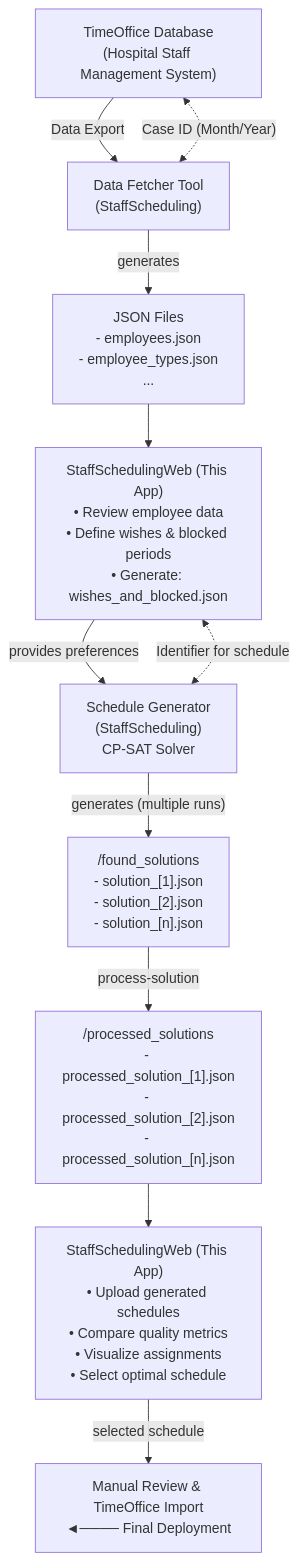
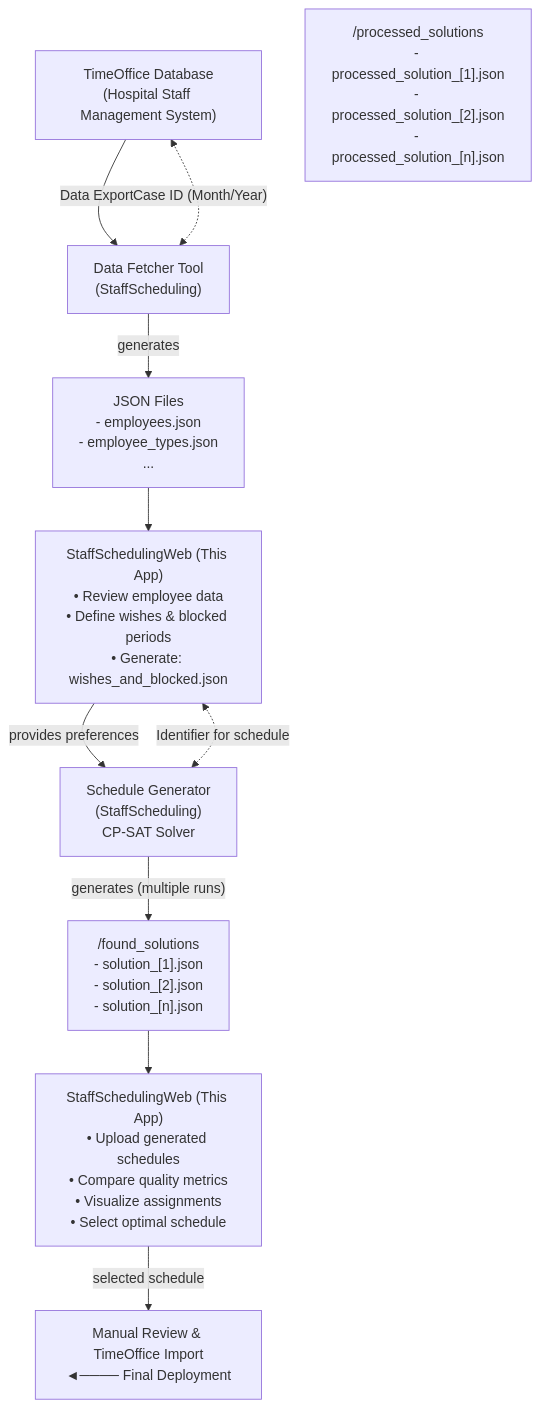
One commit to Julian466/StaffSchedulingWeb changed the diagram in README.md. Above: the diagram before and after it, drawn with Mermaid. The commit also changed other lines of this file and 27 other files, not shown here.

````diff
--- a/README.md
+++ b/README.md
@@ -112,24 +112,23 @@
 ```mermaid
 flowchart TD
     A["TimeOffice Database<br/>(Hospital Staff Management System)"]
     B["Data Fetcher Tool<br/>(StaffScheduling)"]
     C["JSON Files<br/>- employees.json<br/>- employee_types.json<br/>..."]
     D["StaffSchedulingWeb (This App)<br/>• Review employee data<br/>• Define wishes & blocked periods<br/>• Generate: wishes_and_blocked.json"]
     E["Schedule Generator<br/>(StaffScheduling)<br/>CP-SAT Solver"]
     F["/found_solutions<br/>- solution_[1].json<br/>- solution_[2].json<br/>- solution_[n].json"]
     I["/processed_solutions<br/>- processed_solution_[1].json<br/>- processed_solution_[2].json<br/>- processed_solution_[n].json"]
     G["StaffSchedulingWeb (This App)<br/>• Upload generated schedules<br/>• Compare quality metrics<br/>• Visualize assignments<br/>• Select optimal schedule"]
     H["Manual Review & TimeOffice Import<br/>◄──── Final Deployment"]
 
     A -->|"Data Export"| B
     B -->|"generates"| C
     C --> D
     D -->|"provides preferences"| E
     E -->|"generates (multiple runs)"| F
-    F -->|"process-solution"| I
-    I --> G
+    F --> G
     G -->|"selected schedule"| H
     B <-.->|"Case ID (Month/Year)"| A
     E <-.->|"Identifier for schedule"| D
 
 ```
````
